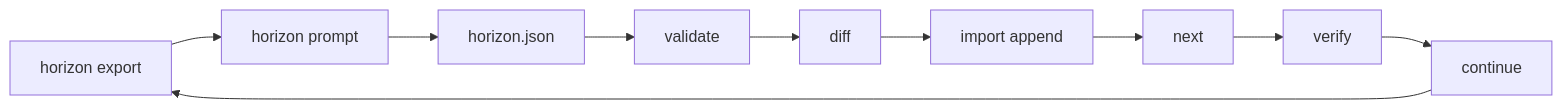
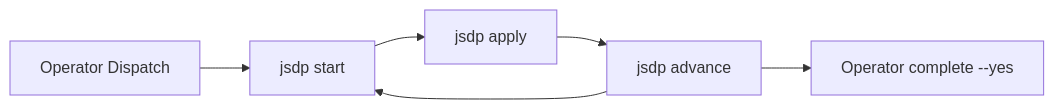
One commit to CardSorting/JoyZoning changed the diagram in docs/jsdp-convergence-harness.md. Above: the diagram before and after it, drawn with Mermaid. The commit also changed other lines of this file and 10 other files, not shown here.

````diff
--- a/docs/jsdp-convergence-harness.md
+++ b/docs/jsdp-convergence-harness.md
@@ -40,12 +20,8 @@
 ```mermaid
 flowchart LR
-  E[horizon export] --> P[horizon prompt]
-  P --> H[horizon.json]
-  H --> V[validate]
-  V --> D[diff]
-  D --> I[import append]
-  I --> N[next]
-  N --> VF[verify]
-  VF --> C[continue]
-  C --> E
+  O[Operator Dispatch] --> S[jsdp start]
+  S --> A[jsdp apply]
+  A --> E[jsdp advance]
+  E --> M[Operator complete --yes]
+  E --> S
 ```
````
